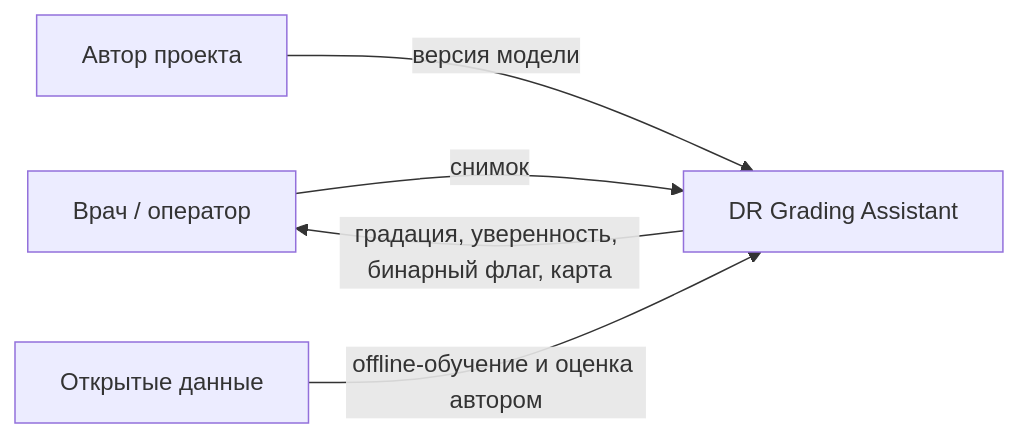
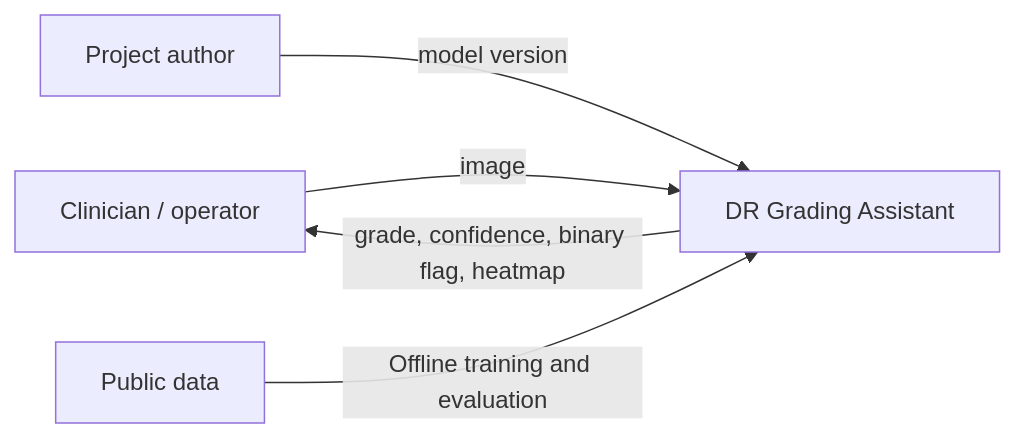
Before and after one commit to lengway/diabetic-retinopathy-grading: the diagram in diagrams/src/context.mmd, drawn with Mermaid. The commit also changed 49 other files, not shown here.

```diff
--- a/diagrams/src/context.mmd
+++ b/diagrams/src/context.mmd
@@ -1,5 +1,5 @@
 flowchart LR
- U[Врач / оператор] -->|снимок| S[DR Grading Assistant]
- S -->|градация, уверенность, бинарный флаг, карта| U
- A[Автор проекта] -->|версия модели| S
- D[Открытые данные] -->|offline-обучение и оценка автором| S
+ U[Clinician / operator] -->|image| S[DR Grading Assistant]
+ S -->|grade, confidence, binary flag, heatmap| U
+ A[Project author] -->|model version| S
+ D[Public data] -->|Offline training and evaluation| S
```
